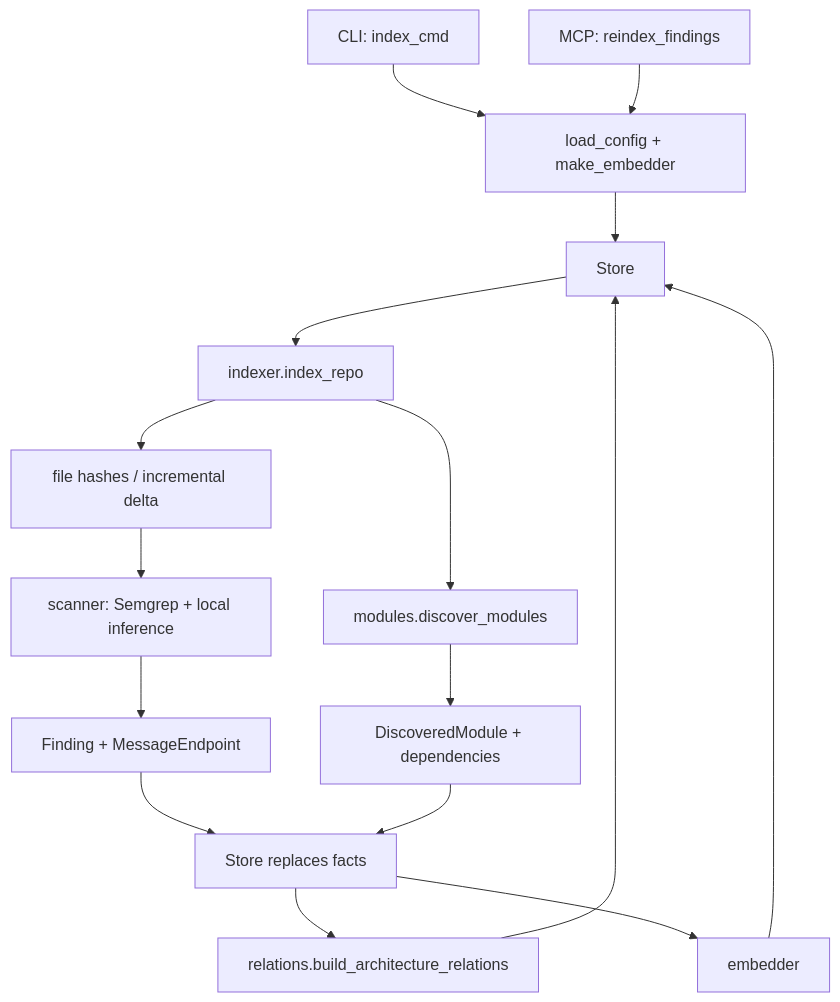
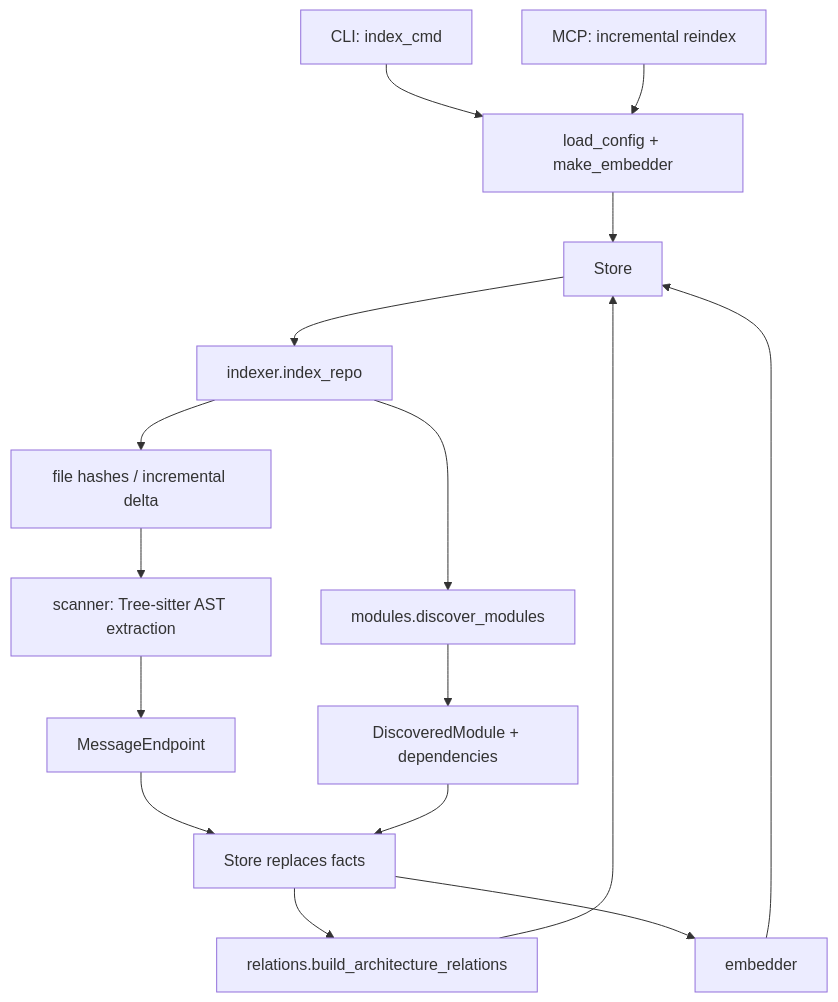
One commit to elkouhen/ccc-radar changed the first of 2 diagrams in docs/ARCHITECTURE.md. Above: the diagram before and after it, drawn with Mermaid. The commit also changed other lines of this file and 19 other files, not shown here.

Commit message:
refactor: make architecture analysis AST-only

````diff
--- a/docs/ARCHITECTURE.md
+++ b/docs/ARCHITECTURE.md
@@ -33,18 +33,18 @@
 ```mermaid
 flowchart TD
     CLI["CLI: index_cmd"] --> Config["load_config + make_embedder"]
-    MCP["MCP: reindex_findings"] --> Config
+    MCP["MCP: incremental reindex"] --> Config
     Config --> Store["Store"]
     Store --> Indexer["indexer.index_repo"]
     Indexer --> ModuleDiscovery["modules.discover_modules"]
     Indexer --> FileInventory["file hashes / incremental delta"]
-    FileInventory --> Scanner["scanner: Semgrep + local inference"]
-    Scanner --> Facts["Finding + MessageEndpoint"]
+    FileInventory --> Scanner["scanner: Tree-sitter AST extraction"]
+    Scanner --> Facts["MessageEndpoint"]
     ModuleDiscovery --> ModuleFacts["DiscoveredModule + dependencies"]
     Facts --> Persist["Store replaces facts"]
     ModuleFacts --> Persist
     Persist --> Relations["relations.build_architecture_relations"]
     Relations --> Store
     Persist --> Embeddings["embedder"]
     Embeddings --> Store
 ```
````
